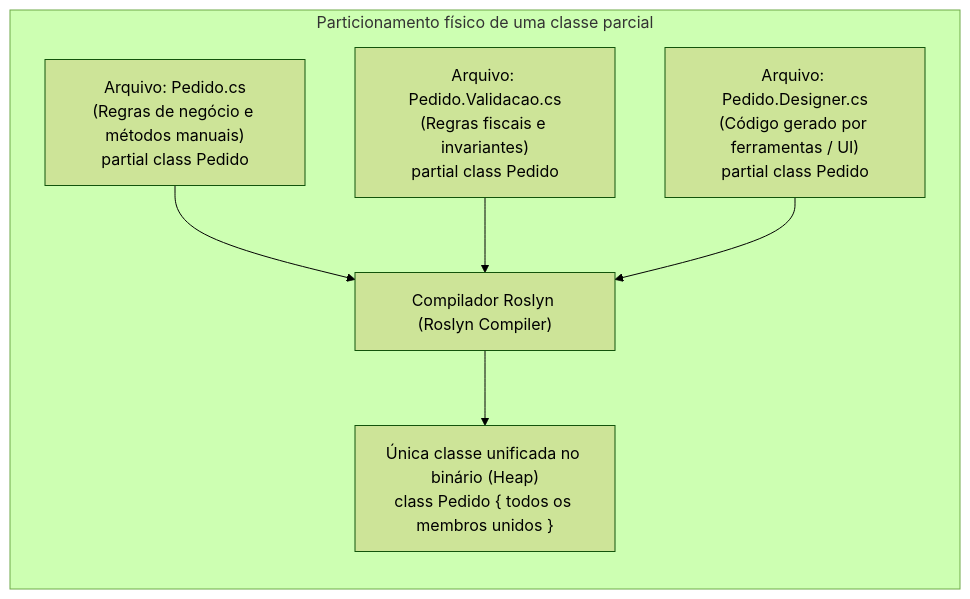
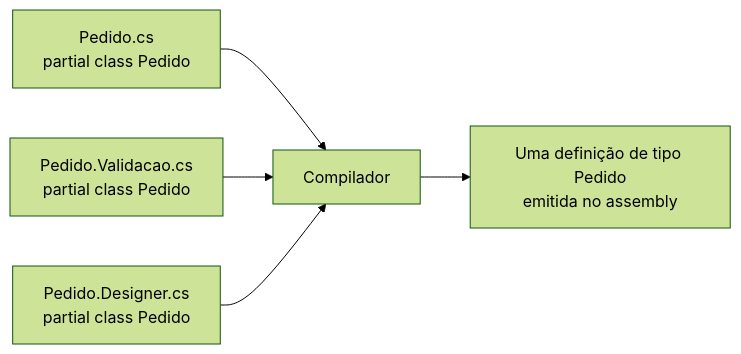
Before and after one commit to leorruas/puc: the third of 3 diagrams in 01. Programacao Modular/14. Namespaces e partial classes (espaços de nomes e modularização em larga escala).md, drawn with Mermaid (forest theme). The commit also changed other lines of this file, not shown here.

Commit message:
Normaliza Mermaid de namespaces e partial classes

````diff
--- a/01. Programacao Modular/14. Namespaces e partial classes (espaços de nomes e modularização em larga escala).md
+++ b/01. Programacao Modular/14. Namespaces e partial classes (espaços de nomes e modularização em larga escala).md
@@ -271,19 +245,13 @@
 ```mermaid
-flowchart TD
-    subgraph Particionamento ["Particionamento físico de uma classe parcial"]
-        direction TB
+flowchart LR
+    A["Pedido.cs<br>partial class Pedido"]:::data
+    B["Pedido.Validacao.cs<br>partial class Pedido"]:::data
+    C["Pedido.Designer.cs<br>partial class Pedido"]:::data
+    Compilador["Compilador"]:::core
+    Tipo["Uma definição de tipo Pedido<br>emitida no assembly"]:::component
 
-        Arquivo1["Arquivo: Pedido.cs<br>(Regras de negócio e métodos manuais)<br>partial class Pedido"]
-        Arquivo2["Arquivo: Pedido.Validacao.cs<br>(Regras fiscais e invariantes)<br>partial class Pedido"]
-        Arquivo3["Arquivo: Pedido.Designer.cs<br>(Código gerado por ferramentas / UI)<br>partial class Pedido"]
-
-        Compilador["Compilador Roslyn (Roslyn Compiler)"]
-
-        Unificado["Única classe unificada no binário (Heap)<br>class Pedido { todos os membros unidos }"]
-
-        Arquivo1 --> Compilador
-        Arquivo2 --> Compilador
-        Arquivo3 --> Compilador
-        Compilador --> Unificado
-    end
+    A --> Compilador
+    B --> Compilador
+    C --> Compilador
+    Compilador --> Tipo
 ```
````
